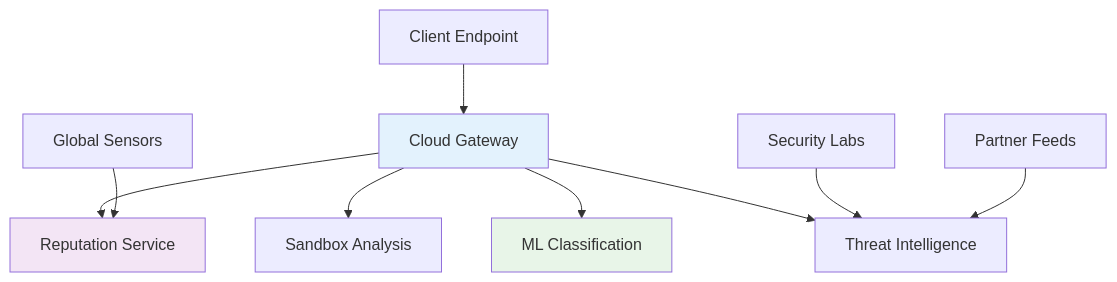
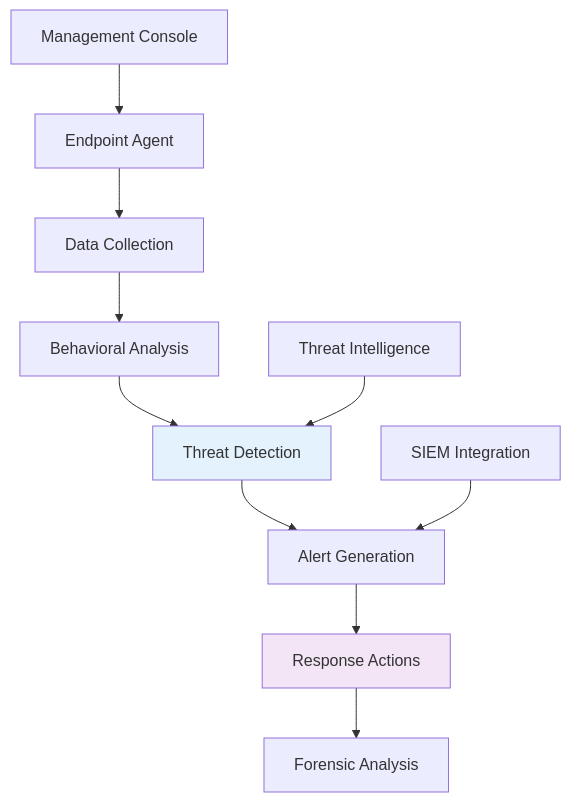
One commit to milavdabgar/studio changed the third of 4 diagrams in content/resources/study-materials/32-ict/sem-5/4353204-cyber-security/slidev/13-virus-protection-mechanisms.md. Above: the diagram before and after it, drawn with Mermaid. The commit also changed other lines of this file and 18 other files, not shown here.

````diff
--- a/content/resources/study-materials/32-ict/sem-5/4353204-cyber-security/slidev/13-virus-protection-mechanisms.md
+++ b/content/resources/study-materials/32-ict/sem-5/4353204-cyber-security/slidev/13-virus-protection-mechanisms.md
@@ -325,16 +688,16 @@
 ```mermaid
 graph TB
-    A[Client Endpoint] --> B[Cloud Gateway]
-    B --> C[Reputation Service]
-    B --> D[Sandbox Analysis]
-    B --> E[ML Classification]
-    B --> F[Threat Intelligence]
+    A[Endpoint Agent] --> B[Data Collection]
+    B --> C[Behavioral Analysis]
+    C --> D[Threat Detection]
+    D --> E[Alert Generation]
+    E --> F[Response Actions]
+    F --> G[Forensic Analysis]
     
-    G[Global Sensors] --> C
-    H[Security Labs] --> F
-    I[Partner Feeds] --> F
+    H[Management Console] --> A
+    I[Threat Intelligence] --> D
+    J[SIEM Integration] --> E
     
-    style B fill:#e3f2fd
-    style C fill:#f3e5f5
-    style E fill:#e8f5e8
+    style D fill:#e3f2fd
+    style F fill:#f3e5f5
 ```
````
